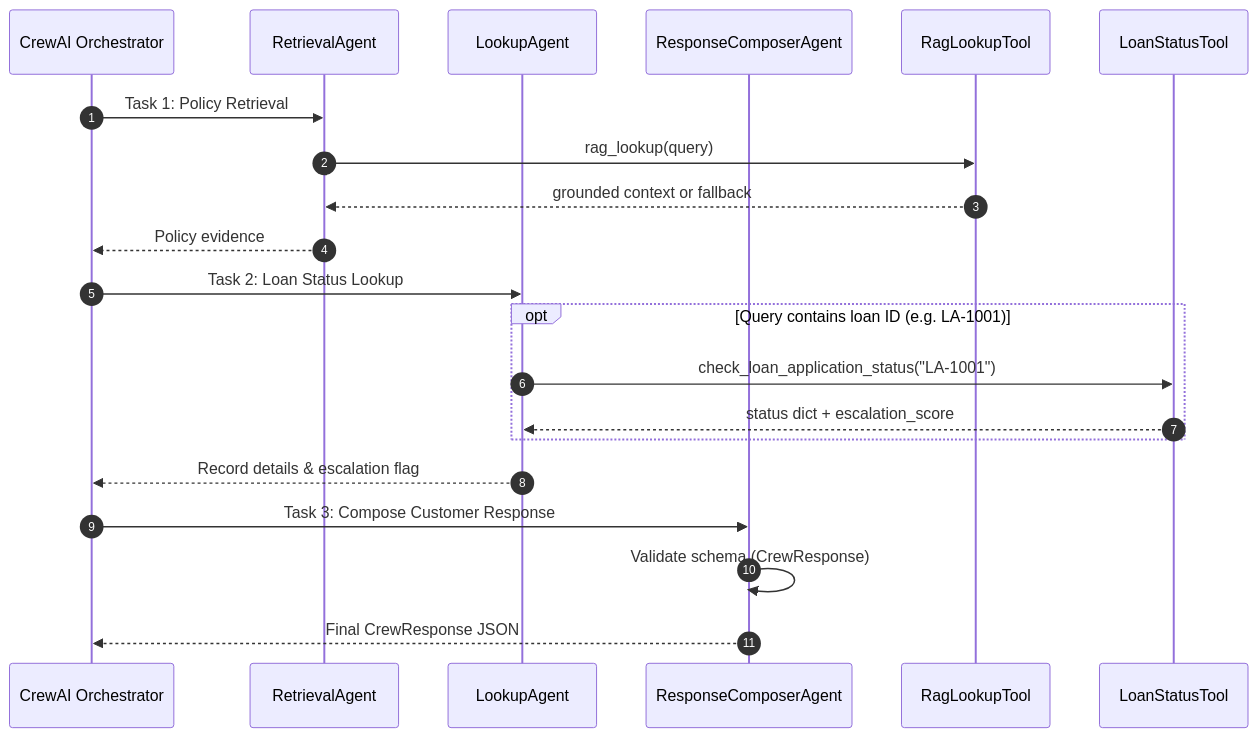
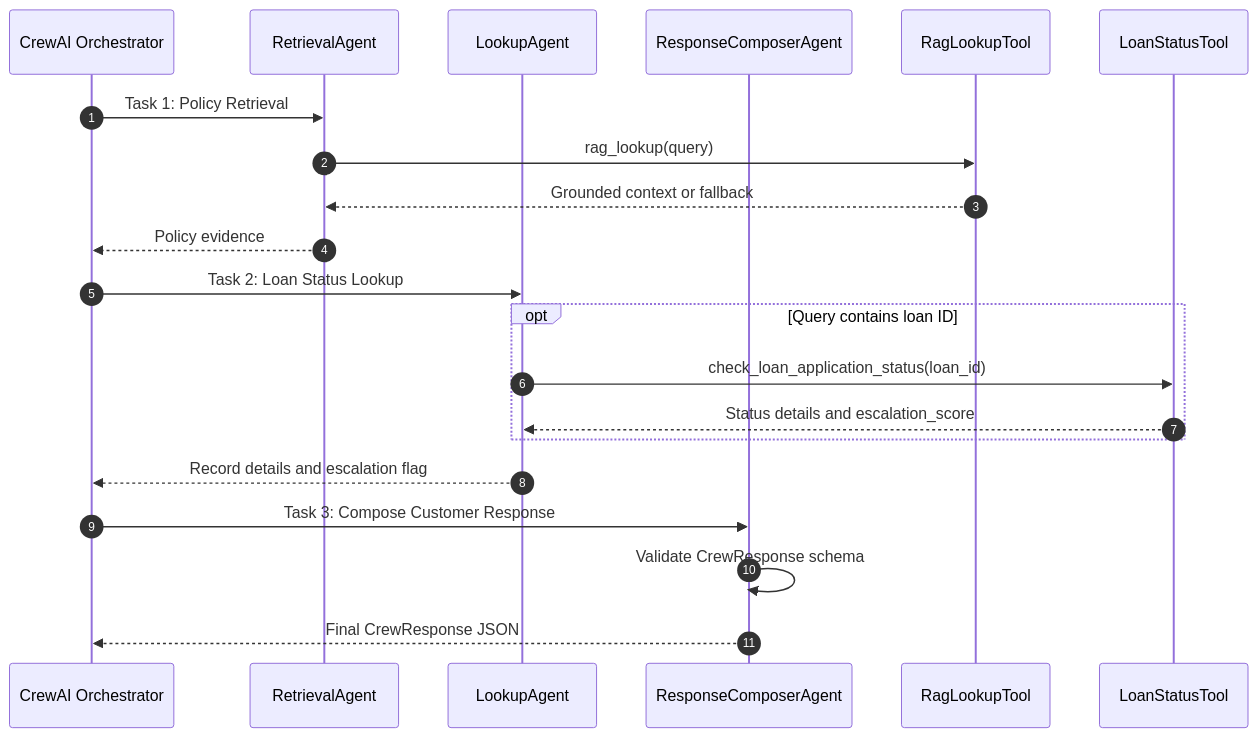
Before and after one commit to vidya-sagar-cx/credobot: the fifth of 8 diagrams in architecture.md, drawn with Mermaid. The commit also changed other lines of this file and 2 other files, not shown here.

Commit message:
docs: fix LaTeX math underscore rendering and Mermaid diagram parsing syntax

````diff
--- a/architecture.md
+++ b/architecture.md
@@ -177,26 +181,26 @@
 ```mermaid
 sequenceDiagram
     autonumber
     participant Orch as CrewAI Orchestrator
     participant Ret as RetrievalAgent
     participant Look as LookupAgent
     participant Comp as ResponseComposerAgent
     participant RAG as RagLookupTool
     participant Status as LoanStatusTool
     
     Orch->>Ret: Task 1: Policy Retrieval
     Ret->>RAG: rag_lookup(query)
-    RAG-->>Ret: grounded context or fallback
+    RAG-->>Ret: Grounded context or fallback
     Ret-->>Orch: Policy evidence
     
     Orch->>Look: Task 2: Loan Status Lookup
-    opt Query contains loan ID (e.g. LA-1001)
-        Look->>Status: check_loan_application_status("LA-1001")
-        Status-->>Look: status dict + escalation_score
+    opt Query contains loan ID
+        Look->>Status: check_loan_application_status(loan_id)
+        Status-->>Look: Status details and escalation_score
     end
-    Look-->>Orch: Record details & escalation flag
+    Look-->>Orch: Record details and escalation flag
     
     Orch->>Comp: Task 3: Compose Customer Response
-    Comp->>Comp: Validate schema (CrewResponse)
+    Comp->>Comp: Validate CrewResponse schema
     Comp-->>Orch: Final CrewResponse JSON
 ```
````
